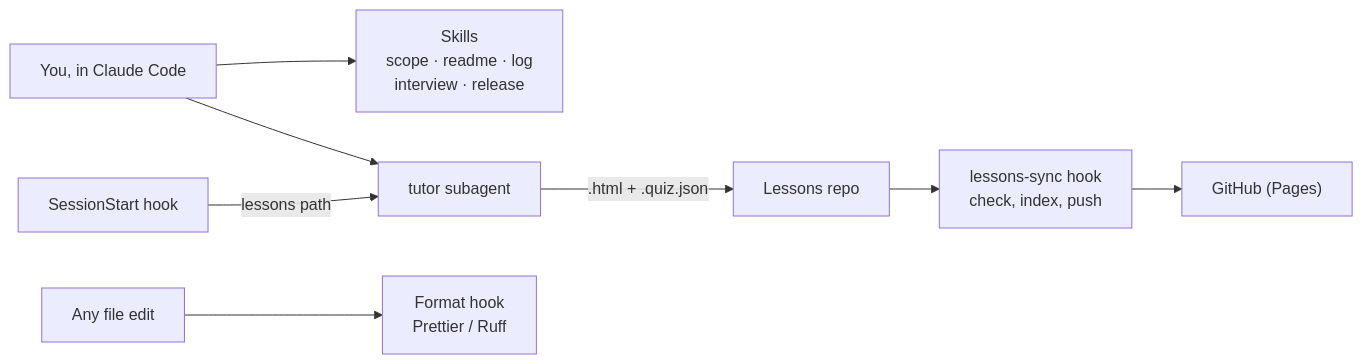
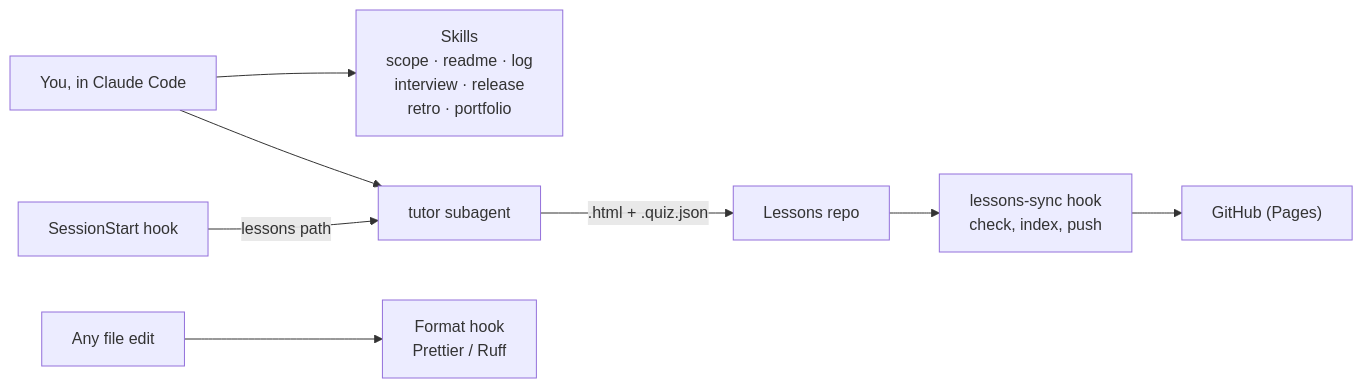
Before and after one commit to E54Sacha/claude-dev-toolkit: the diagram in README.md, drawn with Mermaid. The commit also changed other lines of this file and 3 other files, not shown here.

````diff
--- a/README.md
+++ b/README.md
@@ -42,10 +43,10 @@
 ```mermaid
 flowchart LR
-  You["You, in Claude Code"] --> Skills["Skills<br/>scope · readme · log<br/>interview · release"]
+  You["You, in Claude Code"] --> Skills["Skills<br/>scope · readme · log<br/>interview · release<br/>retro · portfolio"]
   You --> Tutor["tutor subagent"]
   Start["SessionStart hook"] -->|lessons path| Tutor
   Tutor -->|".html + .quiz.json"| Lessons["Lessons repo"]
   Lessons --> Sync["lessons-sync hook<br/>check, index, push"]
   Sync --> GitHub["GitHub (Pages)"]
   Edit["Any file edit"] --> Format["Format hook<br/>Prettier / Ruff"]
 ```
````
